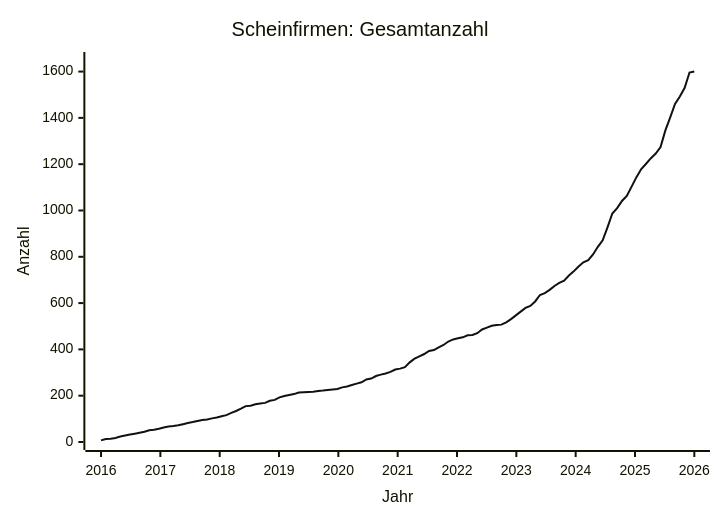
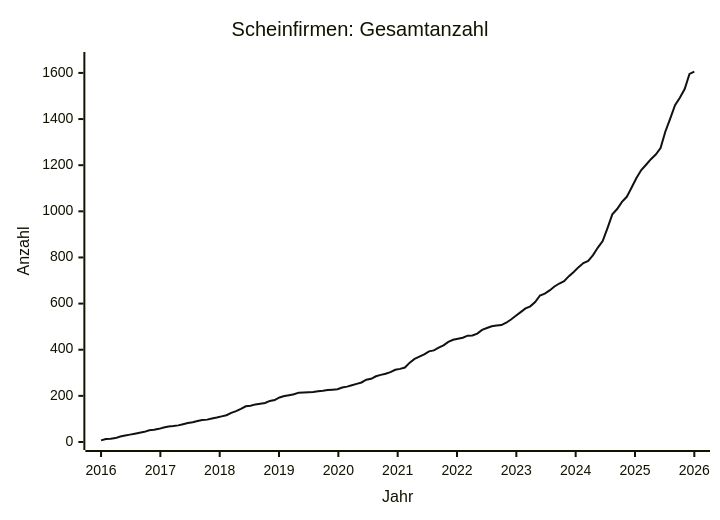
One commit to arjoma/scheinfirmen-at changed the diagram in data/STATS.md. Above: the diagram before and after it, drawn with Mermaid. The commit also changed other lines of this file and 3 other files, not shown here.

````diff
--- a/data/STATS.md
+++ b/data/STATS.md
@@ -9,13 +9,13 @@
 ```mermaid
 ---
 config:
   themeVariables:
     xyChart:
       plotColorPalette: "#111111"
 ---
 xychart-beta
     title "Scheinfirmen: Gesamtanzahl"
     x-axis "Jahr" 2016 --> 2026
-    y-axis "Anzahl" 0 --> 1650
-    line [7, 13, 14, 17, 24, 28, 32, 36, 40, 44, 51, 53, 57, 63, 67, 69, 72, 77, 82, 86, 91, 95, 97, 102, 106, 111, 116, 126, 134, 144, 155, 157, 163, 166, 169, 178, 182, 193, 199, 203, 207, 214, 215, 216, 217, 220, 222, 225, 227, 229, 236, 240, 246, 252, 258, 270, 274, 285, 291, 296, 303, 313, 317, 323, 344, 360, 370, 380, 393, 397, 409, 419, 434, 443, 448, 452, 461, 462, 470, 486, 494, 502, 505, 507, 517, 531, 547, 563, 579, 588, 607, 635, 643, 657, 674, 687, 697, 719, 737, 758, 776, 785, 810, 843, 871, 927, 987, 1010, 1041, 1063, 1103, 1144, 1179, 1202, 1226, 1246, 1274, 1346, 1402, 1460, 1492, 1530, 1596, 1600]
+    y-axis "Anzahl" 0 --> 1656
+    line [7, 13, 14, 17, 24, 28, 32, 36, 40, 44, 51, 53, 57, 63, 67, 69, 72, 77, 82, 86, 91, 95, 97, 102, 106, 111, 116, 126, 134, 144, 155, 157, 163, 166, 169, 178, 182, 193, 199, 203, 207, 214, 215, 216, 217, 220, 222, 225, 227, 229, 236, 240, 246, 252, 258, 270, 274, 285, 291, 296, 303, 313, 317, 323, 344, 360, 370, 380, 393, 397, 409, 419, 434, 443, 448, 452, 461, 462, 470, 486, 494, 502, 505, 507, 517, 531, 547, 563, 579, 588, 607, 635, 643, 657, 674, 687, 697, 719, 737, 758, 776, 785, 810, 843, 871, 927, 987, 1010, 1041, 1063, 1103, 1144, 1179, 1202, 1226, 1246, 1274, 1346, 1402, 1460, 1492, 1530, 1596, 1606]
 ```
````
